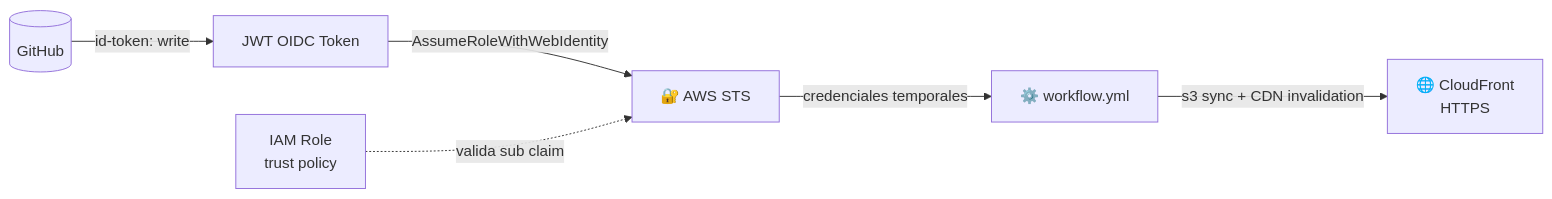
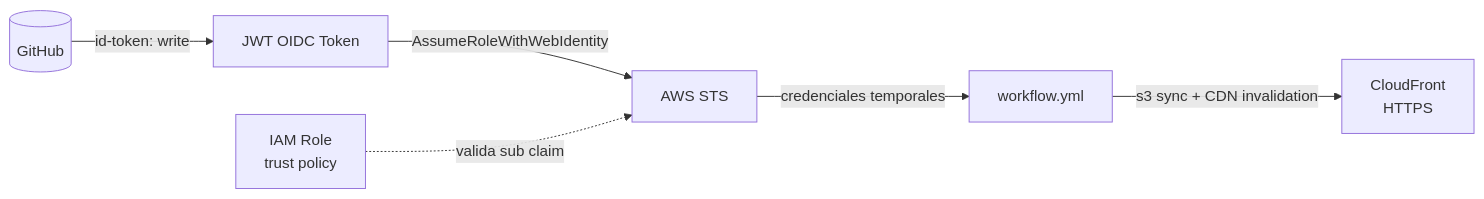
The fourth of 12 diagrams in README.md (vladimiracunadev-create/proyectos-aws), drawn with Mermaid before and after one commit. The commit also changed other lines of this file and 13 other files, not shown here.

First line of the commit message:
fix: corregir diagramas Mermaid + crear AWS_PASO_A_PASO para casos 01 y 02

````diff
--- a/README.md
+++ b/README.md
@@ -149,8 +150,8 @@
 ```mermaid
 flowchart LR
     GH[(GitHub)] -->|id-token: write| JWT[JWT OIDC Token]
-    JWT -->|AssumeRoleWithWebIdentity| STS[🔐 AWS STS]
+    JWT -->|AssumeRoleWithWebIdentity| STS[AWS STS]
     IAM[IAM Role\ntrust policy] -.->|valida sub claim| STS
-    STS -->|credenciales temporales| WF[⚙️ workflow.yml]
-    WF -->|s3 sync + CDN invalidation| CDN[🌐 CloudFront\nHTTPS]
+    STS -->|credenciales temporales| WF[workflow.yml]
+    WF -->|s3 sync + CDN invalidation| CDN[CloudFront\nHTTPS]
 ```
````
